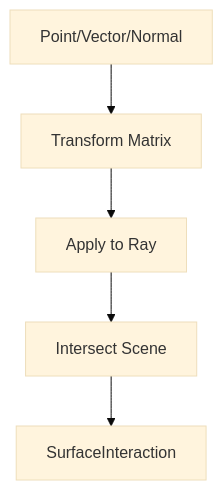
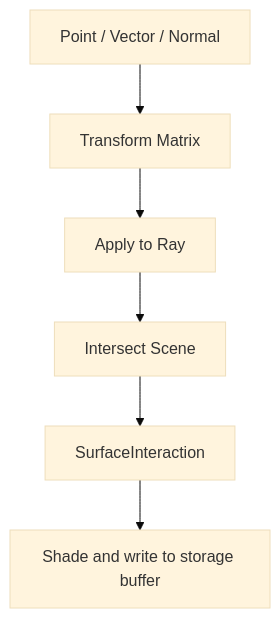
One commit to whyyoudodisjojo/pbrt-wgpu changed the first of 32 diagrams in chapters/03-geometry-and-transformations.md. Above: the diagram before and after it, drawn with Mermaid (base theme). The commit also changed other lines of this file and 15 other files, not shown here.

````diff
--- a/chapters/03-geometry-and-transformations.md
+++ b/chapters/03-geometry-and-transformations.md
@@ -5,7 +28,8 @@
 ```mermaid
 flowchart TD
-    A[Point/Vector/Normal] --> B[Transform Matrix]
+    A[Point / Vector / Normal] --> B[Transform Matrix]
     B --> C[Apply to Ray]
     C --> D[Intersect Scene]
     D --> E[SurfaceInteraction]
+    E --> F[Shade and write to storage buffer]
 ```
````
